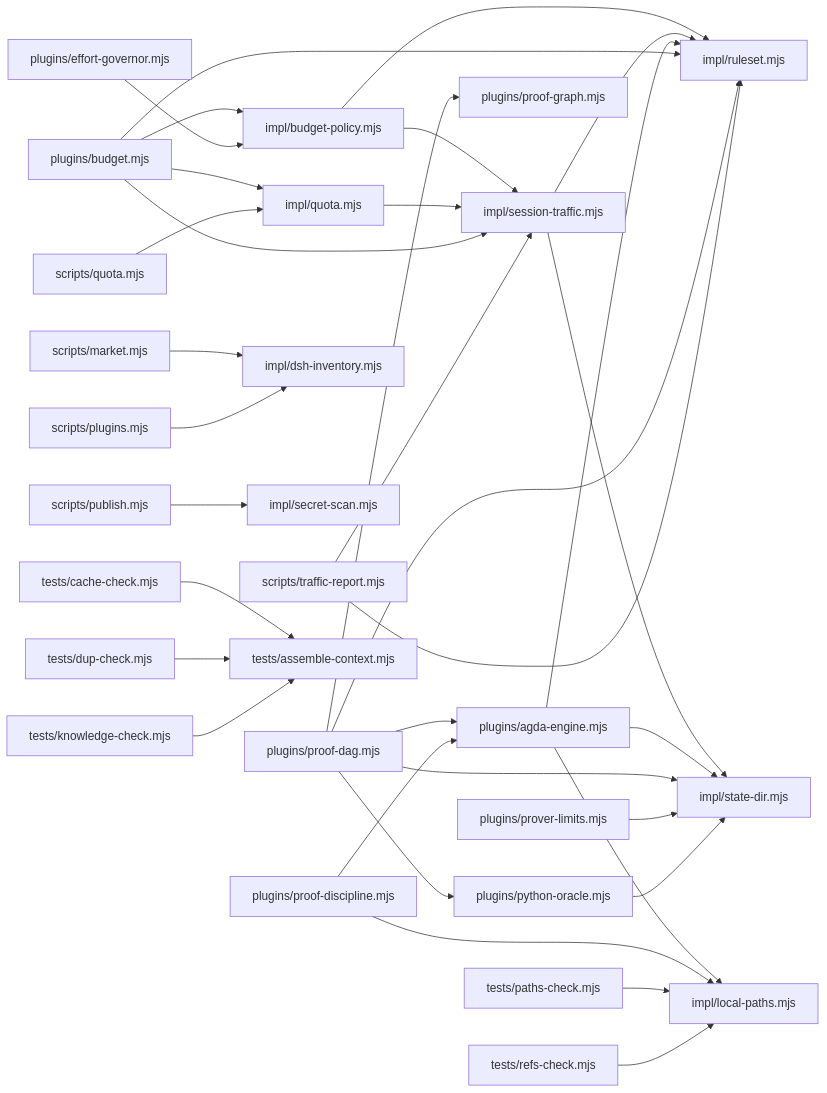
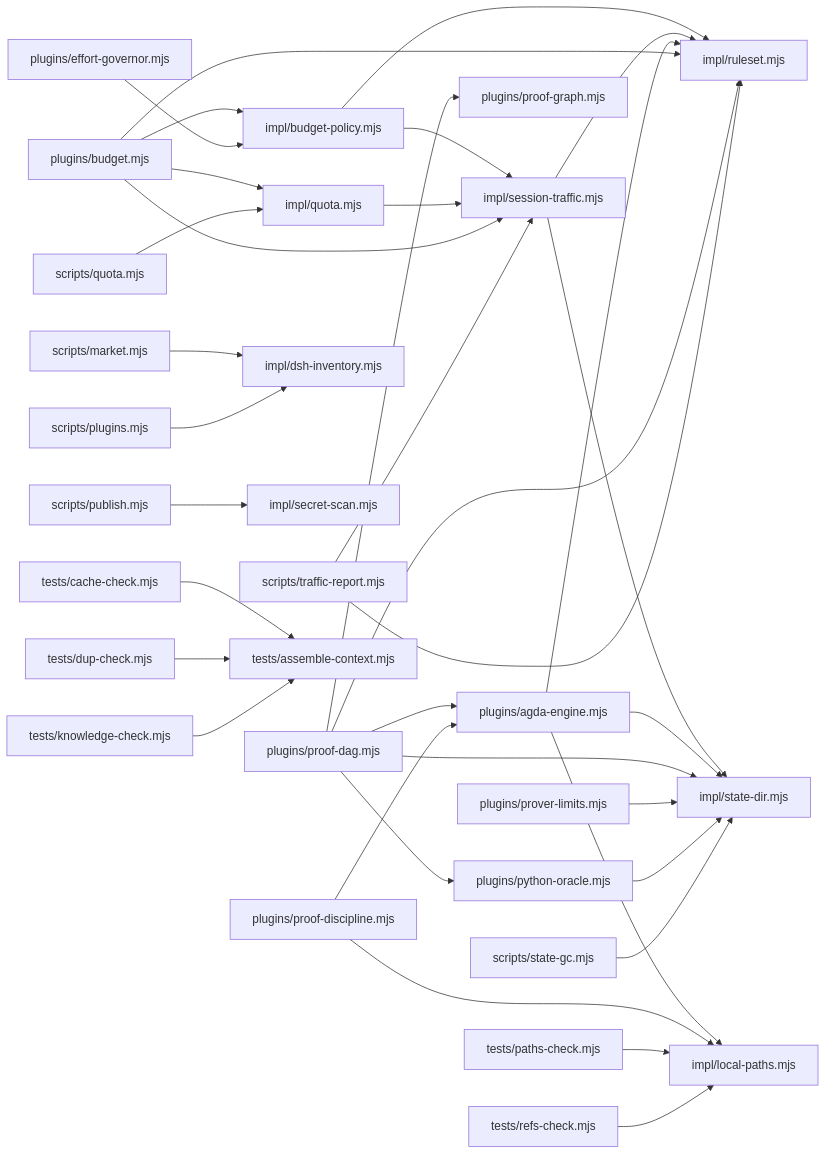
One commit to clearnature/dsh-math-proof changed the diagram in math-proof/docs/maps/M2-dependency.md. Above: the diagram before and after it, drawn with Mermaid. The commit also changed other lines of this file and 10 other files, not shown here.

````diff
--- a/math-proof/docs/maps/M2-dependency.md
+++ b/math-proof/docs/maps/M2-dependency.md
@@ -56,36 +56,37 @@
 ```mermaid
 graph LR
   impl_budget-policy_mjs["impl/budget-policy.mjs"] --> impl_ruleset_mjs["impl/ruleset.mjs"]
   impl_budget-policy_mjs["impl/budget-policy.mjs"] --> impl_session-traffic_mjs["impl/session-traffic.mjs"]
   impl_quota_mjs["impl/quota.mjs"] --> impl_session-traffic_mjs["impl/session-traffic.mjs"]
   impl_session-traffic_mjs["impl/session-traffic.mjs"] --> impl_ruleset_mjs["impl/ruleset.mjs"]
   impl_session-traffic_mjs["impl/session-traffic.mjs"] --> impl_state-dir_mjs["impl/state-dir.mjs"]
   plugins_agda-engine_mjs["plugins/agda-engine.mjs"] --> impl_local-paths_mjs["impl/local-paths.mjs"]
   plugins_agda-engine_mjs["plugins/agda-engine.mjs"] --> impl_ruleset_mjs["impl/ruleset.mjs"]
   plugins_agda-engine_mjs["plugins/agda-engine.mjs"] --> impl_state-dir_mjs["impl/state-dir.mjs"]
   plugins_budget_mjs["plugins/budget.mjs"] --> impl_budget-policy_mjs["impl/budget-policy.mjs"]
   plugins_budget_mjs["plugins/budget.mjs"] --> impl_quota_mjs["impl/quota.mjs"]
   plugins_budget_mjs["plugins/budget.mjs"] --> impl_ruleset_mjs["impl/ruleset.mjs"]
   plugins_budget_mjs["plugins/budget.mjs"] --> impl_session-traffic_mjs["impl/session-traffic.mjs"]
   plugins_effort-governor_mjs["plugins/effort-governor.mjs"] --> impl_budget-policy_mjs["impl/budget-policy.mjs"]
   plugins_proof-dag_mjs["plugins/proof-dag.mjs"] --> impl_ruleset_mjs["impl/ruleset.mjs"]
   plugins_proof-dag_mjs["plugins/proof-dag.mjs"] --> impl_state-dir_mjs["impl/state-dir.mjs"]
   plugins_proof-dag_mjs["plugins/proof-dag.mjs"] --> plugins_agda-engine_mjs["plugins/agda-engine.mjs"]
   plugins_proof-dag_mjs["plugins/proof-dag.mjs"] --> plugins_proof-graph_mjs["plugins/proof-graph.mjs"]
   plugins_proof-dag_mjs["plugins/proof-dag.mjs"] --> plugins_python-oracle_mjs["plugins/python-oracle.mjs"]
   plugins_proof-discipline_mjs["plugins/proof-discipline.mjs"] --> impl_local-paths_mjs["impl/local-paths.mjs"]
   plugins_proof-discipline_mjs["plugins/proof-discipline.mjs"] --> plugins_agda-engine_mjs["plugins/agda-engine.mjs"]
   plugins_prover-limits_mjs["plugins/prover-limits.mjs"] --> impl_state-dir_mjs["impl/state-dir.mjs"]
   plugins_python-oracle_mjs["plugins/python-oracle.mjs"] --> impl_state-dir_mjs["impl/state-dir.mjs"]
   scripts_market_mjs["scripts/market.mjs"] --> impl_dsh-inventory_mjs["impl/dsh-inventory.mjs"]
   scripts_plugins_mjs["scripts/plugins.mjs"] --> impl_dsh-inventory_mjs["impl/dsh-inventory.mjs"]
   scripts_publish_mjs["scripts/publish.mjs"] --> impl_secret-scan_mjs["impl/secret-scan.mjs"]
   scripts_quota_mjs["scripts/quota.mjs"] --> impl_quota_mjs["impl/quota.mjs"]
+  scripts_state-gc_mjs["scripts/state-gc.mjs"] --> impl_state-dir_mjs["impl/state-dir.mjs"]
   scripts_traffic-report_mjs["scripts/traffic-report.mjs"] --> impl_ruleset_mjs["impl/ruleset.mjs"]
   scripts_traffic-report_mjs["scripts/traffic-report.mjs"] --> impl_session-traffic_mjs["impl/session-traffic.mjs"]
   tests_cache-check_mjs["tests/cache-check.mjs"] --> tests_assemble-context_mjs["tests/assemble-context.mjs"]
   tests_dup-check_mjs["tests/dup-check.mjs"] --> tests_assemble-context_mjs["tests/assemble-context.mjs"]
   tests_knowledge-check_mjs["tests/knowledge-check.mjs"] --> tests_assemble-context_mjs["tests/assemble-context.mjs"]
   tests_paths-check_mjs["tests/paths-check.mjs"] --> impl_local-paths_mjs["impl/local-paths.mjs"]
   tests_refs-check_mjs["tests/refs-check.mjs"] --> impl_local-paths_mjs["impl/local-paths.mjs"]
 ```
````
